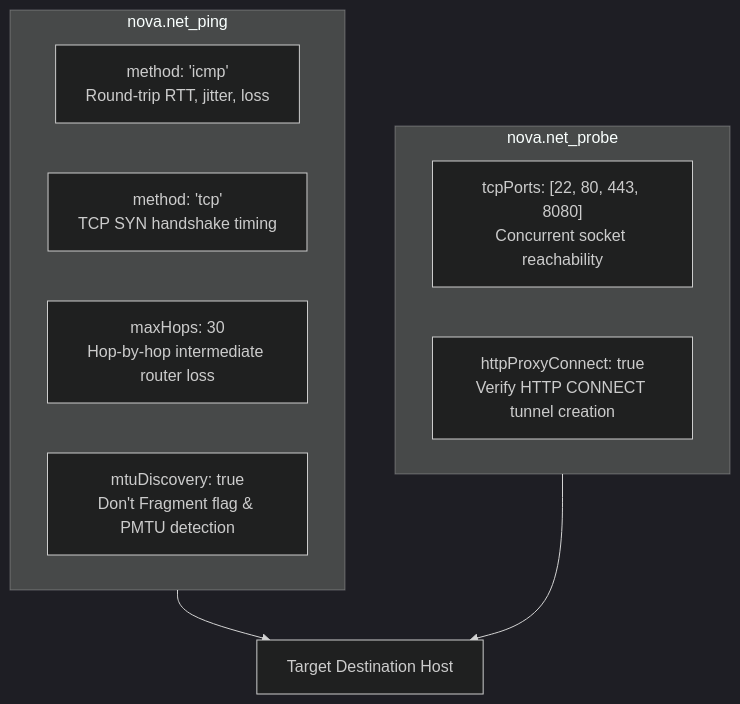
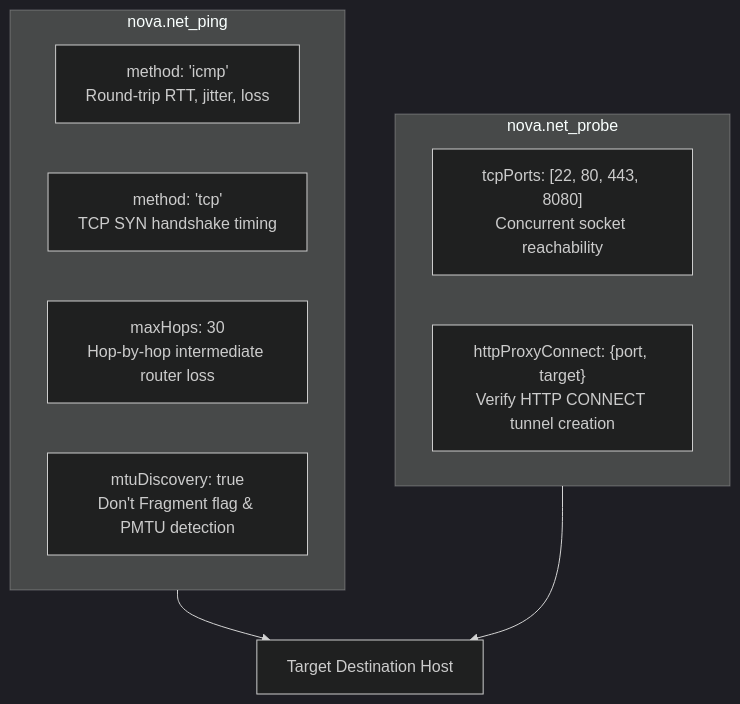
One commit to joelaniol/nova changed the fifth of 9 diagrams in docs/user-guide/tools/network-and-diagnostics.md. Above: the diagram before and after it, drawn with Mermaid (dark theme). The commit also changed other lines of this file and 6 other files, not shown here.

````diff
--- a/docs/user-guide/tools/network-and-diagnostics.md
+++ b/docs/user-guide/tools/network-and-diagnostics.md
@@ -253,19 +256,19 @@
 ```mermaid
 flowchart TD
     Host["Target Destination Host"]
     
     subgraph PingProbe ["nova.net_ping"]
         ICMP["method: 'icmp'<br/>Round-trip RTT, jitter, loss"]
         TCP["method: 'tcp'<br/>TCP SYN handshake timing"]
         MTR["maxHops: 30<br/>Hop-by-hop intermediate router loss"]
         PMTU["mtuDiscovery: true<br/>Don't Fragment flag & PMTU detection"]
     end
 
     subgraph PortProbe ["nova.net_probe"]
         Ports["tcpPorts: [22, 80, 443, 8080]<br/>Concurrent socket reachability"]
-        Connect["httpProxyConnect: true<br/>Verify HTTP CONNECT tunnel creation"]
+        Connect["httpProxyConnect: {port, target}<br/>Verify HTTP CONNECT tunnel creation"]
     end
 
     PingProbe --> Host
     PortProbe --> Host
 ```
````
